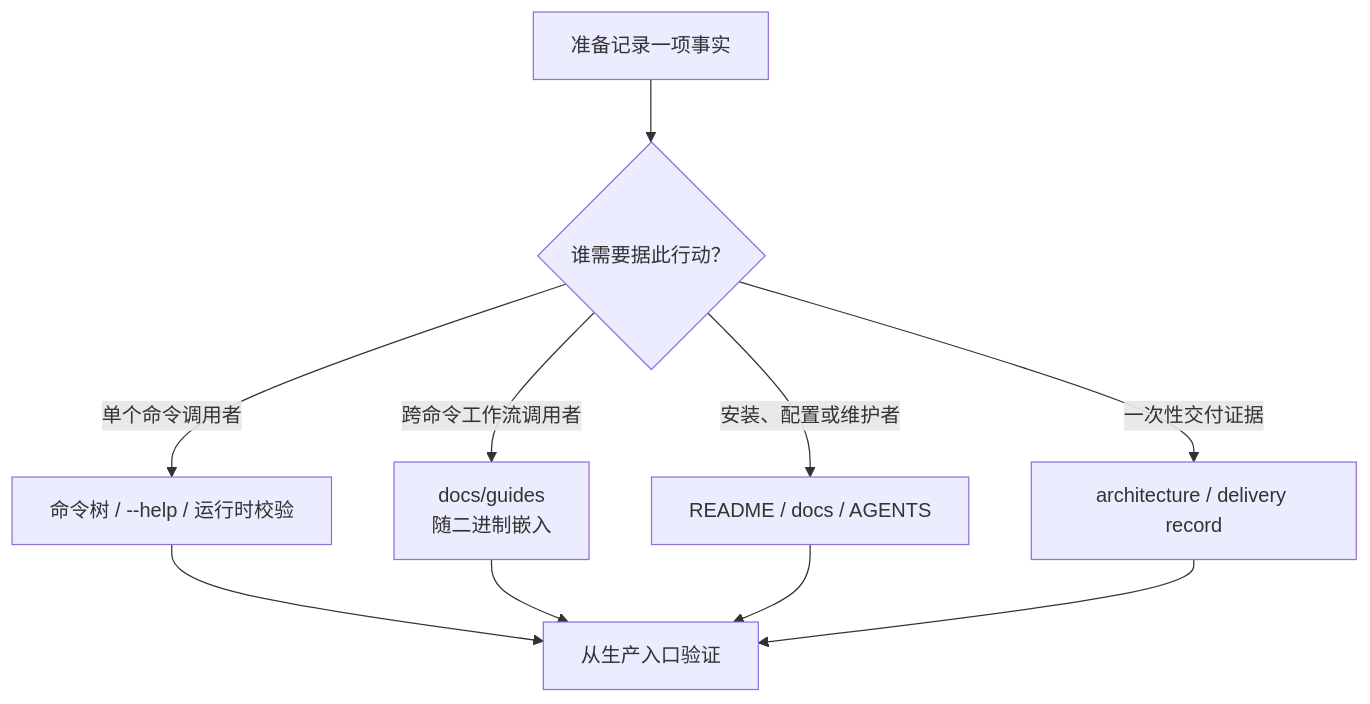
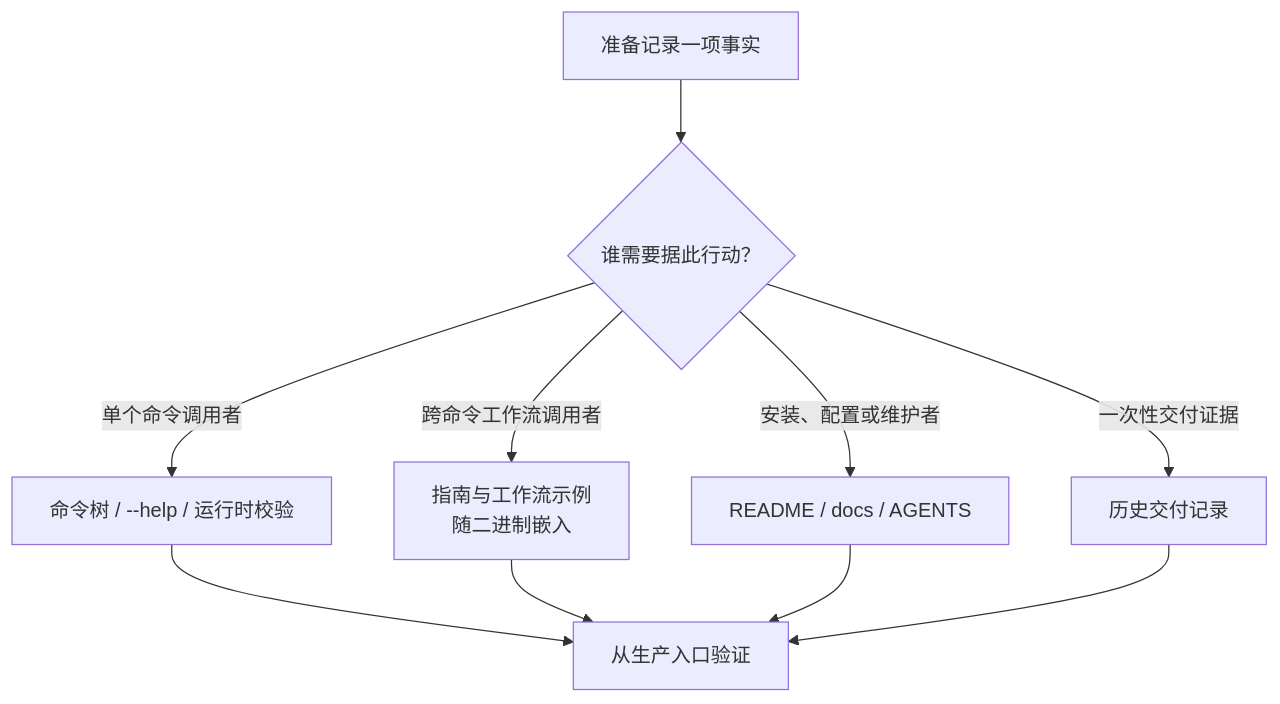
Before and after one commit to jihuanshe/linear: the diagram in AGENTS.md, drawn with Mermaid. The commit also changed other lines of this file and 224 other files, not shown here.

````diff
--- a/AGENTS.md
+++ b/AGENTS.md
@@ -25,12 +27,12 @@
 ```mermaid
 flowchart TD
   fact["准备记录一项事实"] --> owner{"谁需要据此行动？"}
   owner -->|单个命令调用者| command["命令树 / --help / 运行时校验"]
-  owner -->|跨命令工作流调用者| guide["docs/guides<br/>随二进制嵌入"]
+  owner -->|跨命令工作流调用者| guide["指南与工作流示例<br/>随二进制嵌入"]
   owner -->|安装、配置或维护者| docs["README / docs / AGENTS"]
-  owner -->|一次性交付证据| history["architecture / delivery record"]
+  owner -->|一次性交付证据| history["历史交付记录"]
   command --> test["从生产入口验证"]
   guide --> test
   docs --> test
   history --> test
 ```
````
